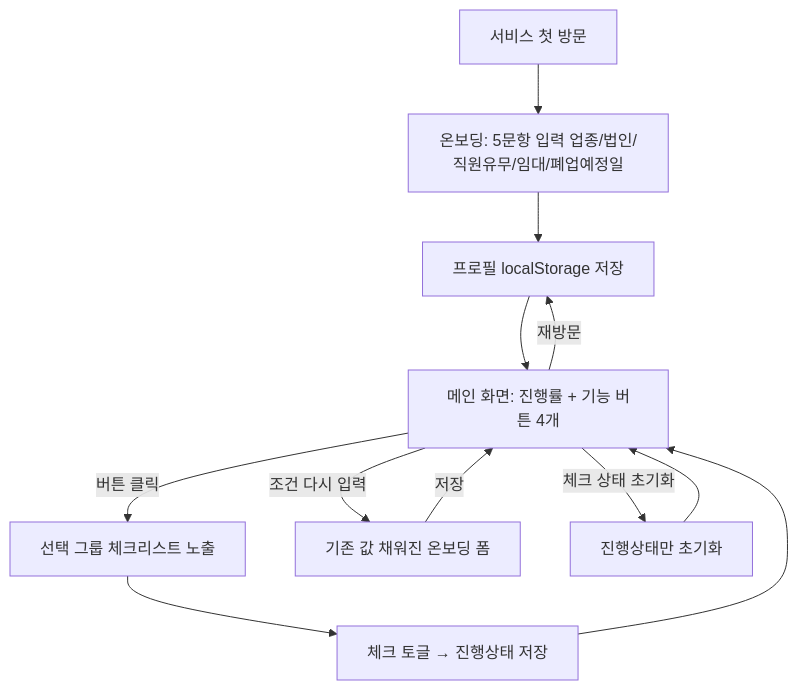
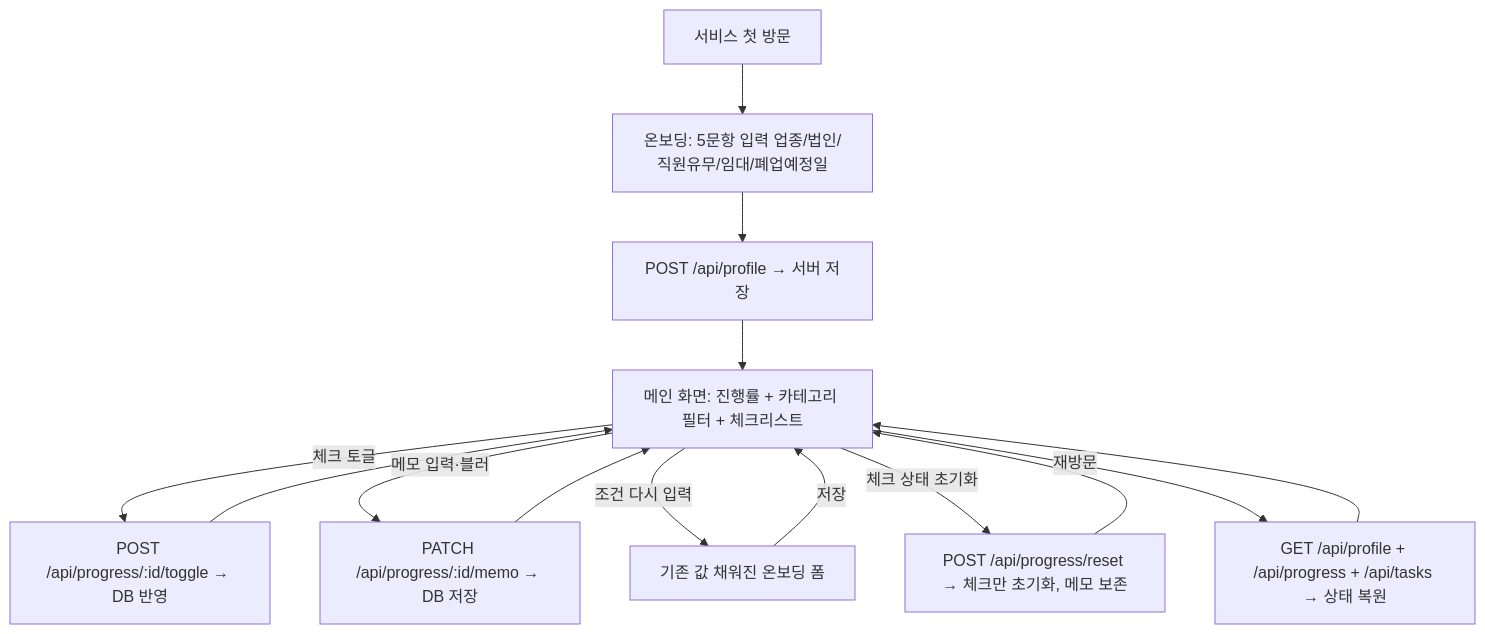
The diagram in docs/기획서.md (maeumum/hub), drawn with Mermaid before and after one commit. The commit also changed other lines of this file, not shown here.

````diff
--- a/docs/기획서.md
+++ b/docs/기획서.md
@@ -81,14 +97,16 @@
 ```mermaid
 flowchart TD
     A[서비스 첫 방문] --> B[온보딩: 5문항 입력 업종/법인/직원유무/임대/폐업예정일]
-    B --> C[프로필 localStorage 저장]
-    C --> D[메인 화면: 진행률 + 기능 버튼 4개]
-    D -->|버튼 클릭| E[선택 그룹 체크리스트 노출]
-    E --> F[체크 토글 → 진행상태 저장]
+    B --> C[POST /api/profile → 서버 저장]
+    C --> D[메인 화면: 진행률 + 카테고리 필터 + 체크리스트]
+    D -->|체크 토글| E[POST /api/progress/:id/toggle → DB 반영]
+    E --> D
+    D -->|메모 입력·블러| F[PATCH /api/progress/:id/memo → DB 저장]
     F --> D
     D -->|조건 다시 입력| G[기존 값 채워진 온보딩 폼]
     G -->|저장| D
-    D -->|체크 상태 초기화| H[진행상태만 초기화]
+    D -->|체크 상태 초기화| H[POST /api/progress/reset → 체크만 초기화, 메모 보존]
     H --> D
-    D -->|재방문| C
+    D -->|재방문| I[GET /api/profile + /api/progress + /api/tasks → 상태 복원]
+    I --> D
 ```
````
